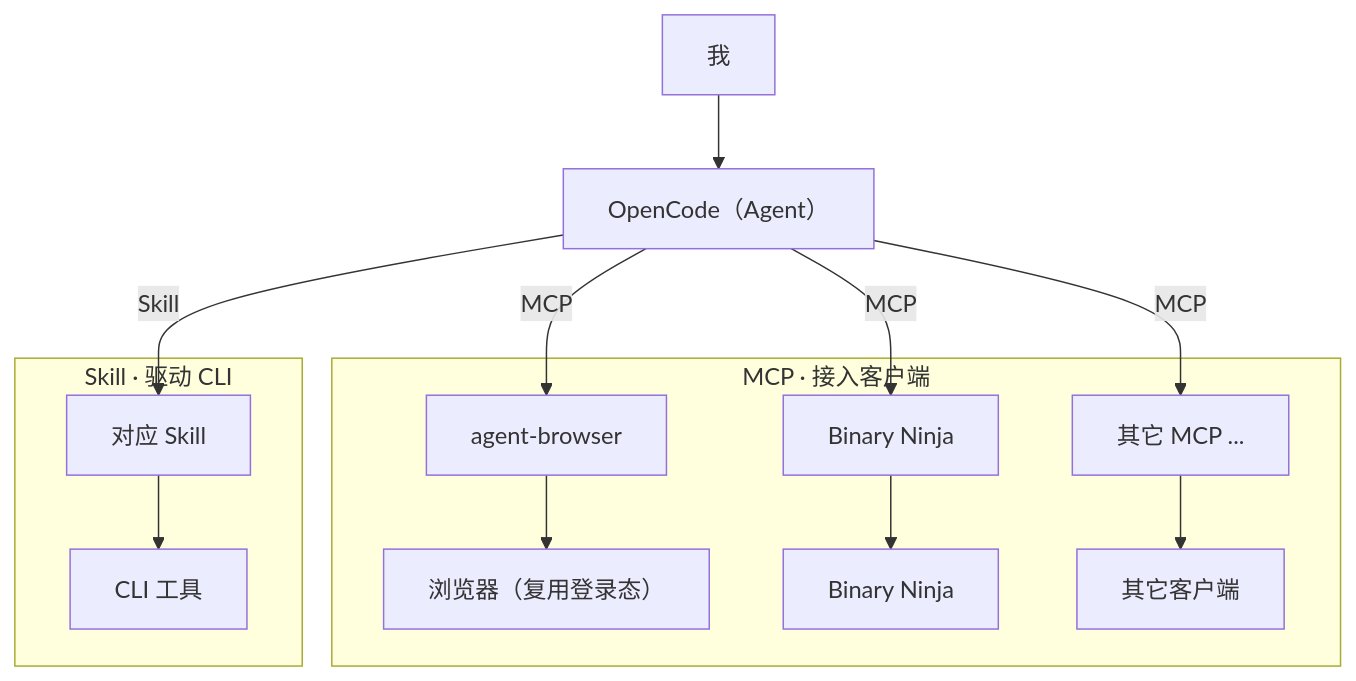
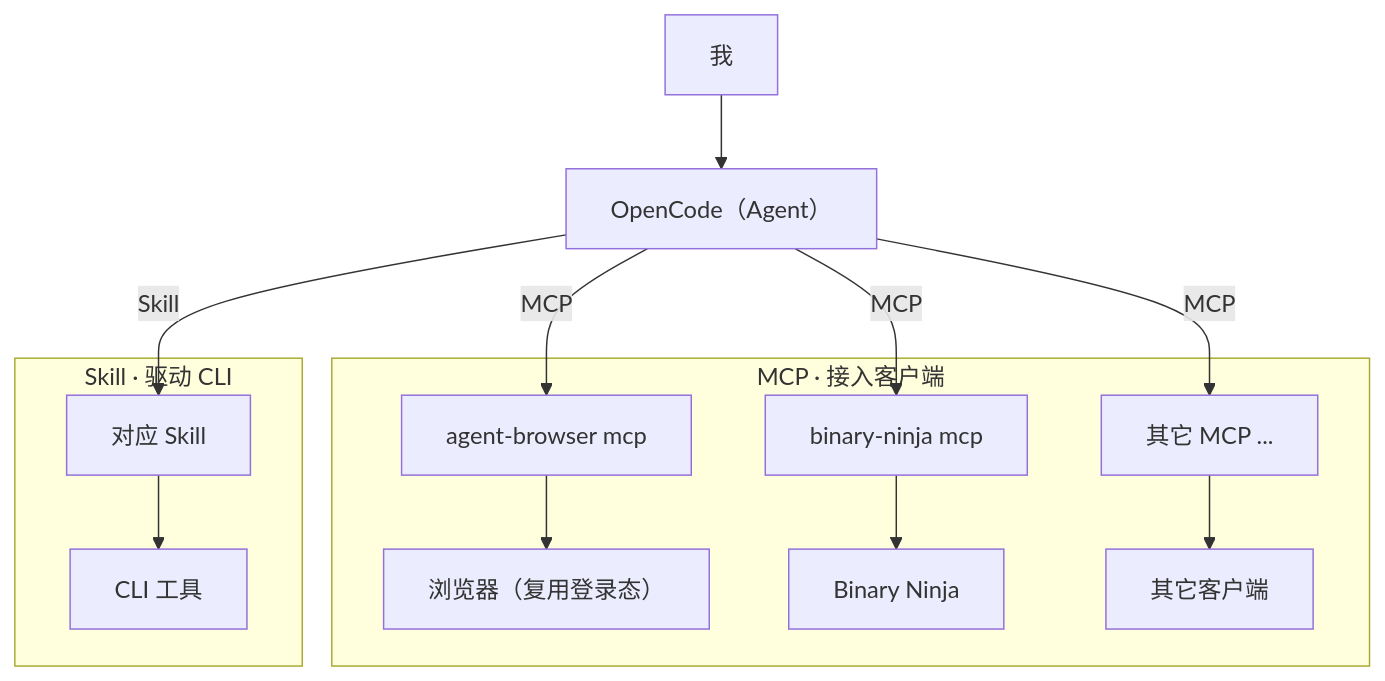
The diagram in 2026-10-08/src/slides.md (Vincent-the-gamer/talks), drawn with Mermaid before and after one commit. The commit also changed other lines of this file and 3 other files, not shown here.

````diff
--- a/2026-10-08/src/slides.md
+++ b/2026-10-08/src/slides.md
@@ -100,19 +196,19 @@
 ```mermaid {scale: 0.7}
 graph TD
     U["我"] --> OC["OpenCode（Agent）"]
 
     subgraph MCP["MCP · 接入客户端"]
-        AB["agent-browser"] --> Browser["浏览器（复用登录态）"]
-        BN["Binary Ninja"] --> Binja["Binary Ninja"]
+        AB["agent-browser mcp"] --> Browser["浏览器（复用登录态）"]
+        BN["binary-ninja mcp"] --> Binja["Binary Ninja"]
         X["其它 MCP ..."] --> App["其它客户端"]
     end
 
     subgraph SKL["Skill · 驱动 CLI"]
         SK["对应 Skill"] --> CLI["CLI 工具"]
     end
 
     OC -->|MCP| AB
     OC -->|MCP| BN
     OC -->|MCP| X
     OC -->|Skill| SK
 ```
````
